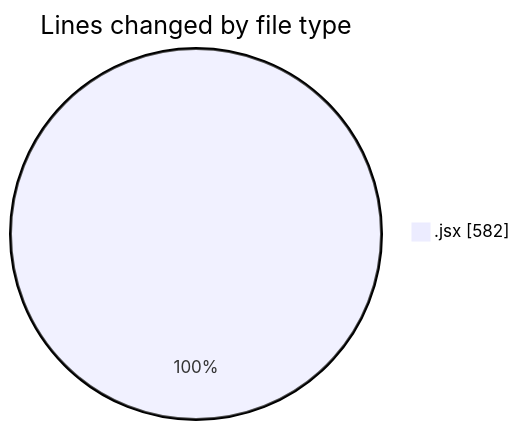
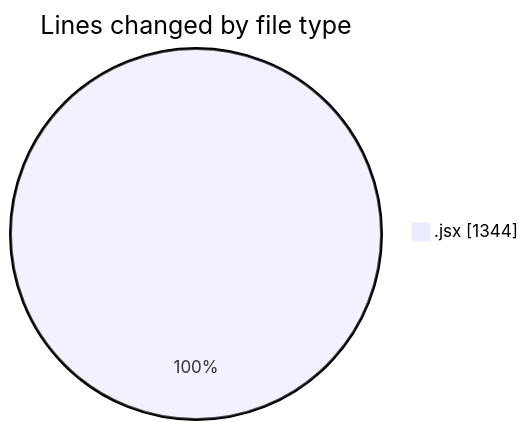
One commit to nxtqubesakshisongat/code-tracking changed the first of 2 diagrams in 2025-11-13/argos/README.md. Above: the diagram before and after it, drawn with Mermaid. The commit also changed other lines of this file and 1 other file, not shown here.

````diff
--- a/2025-11-13/argos/README.md
+++ b/2025-11-13/argos/README.md
@@ -21,5 +23,5 @@
 ```mermaid
 pie showData
 title Lines changed by file type
-".jsx" : 582
+".jsx" : 1344
 ```
````
